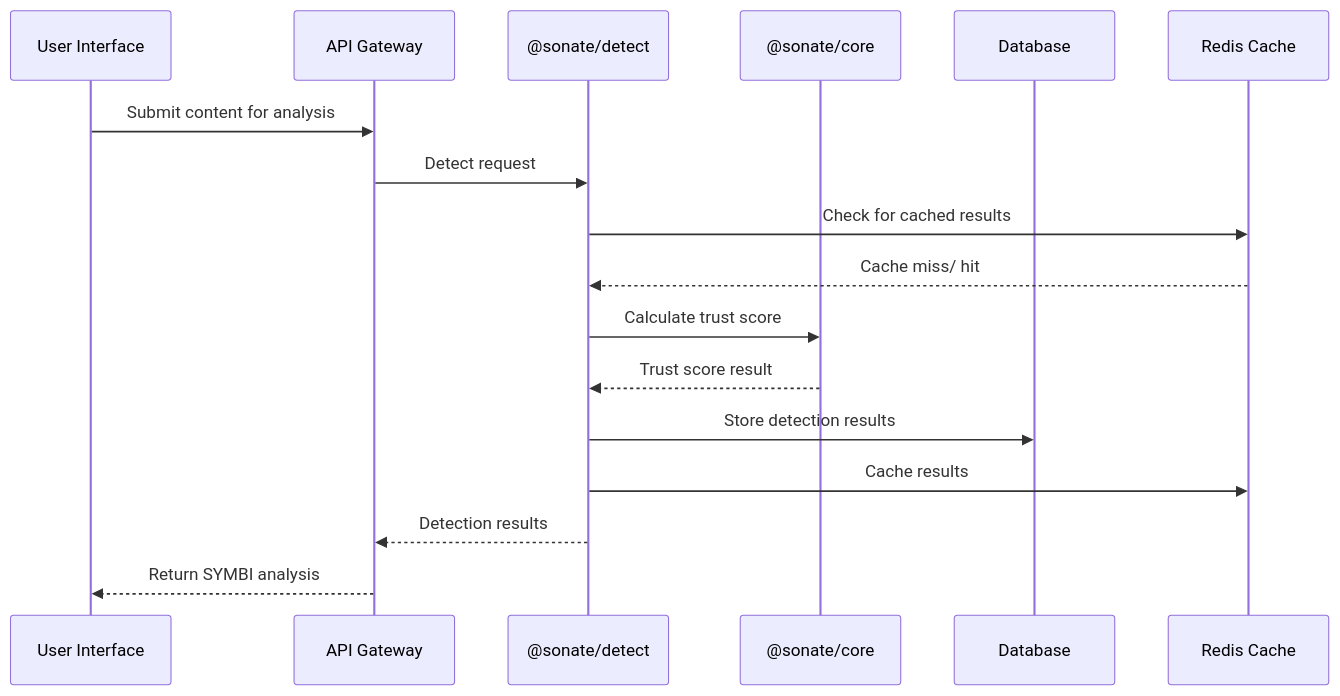
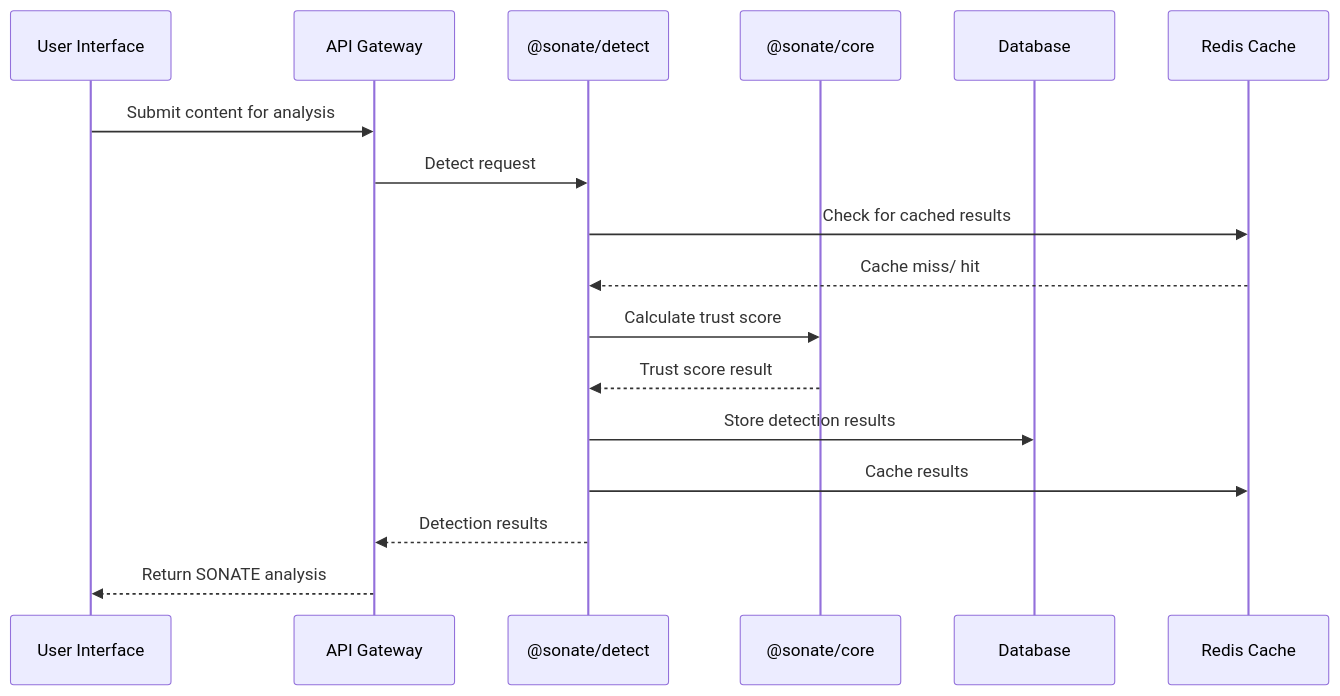
Before and after one commit to s8ken/yseeku-platform: the second of 3 diagrams in docs/architecture/ENTERPRISE_ARCHITECTURE.md, drawn with Mermaid. The commit also changed other lines of this file and 144 other files, not shown here.

First line of the commit message:
refactor: complete SYMBI → SONATE rebrand across entire codebase

````diff
--- a/docs/architecture/ENTERPRISE_ARCHITECTURE.md
+++ b/docs/architecture/ENTERPRISE_ARCHITECTURE.md
@@ -361,22 +361,22 @@
 ```mermaid
 sequenceDiagram
     participant UI as User Interface
     participant API as API Gateway
     participant DETECT as @sonate/detect
     participant CORE as @sonate/core
     participant DB as Database
     participant CACHE as Redis Cache
     
     UI->>API: Submit content for analysis
     API->>DETECT: Detect request
     DETECT->>CACHE: Check for cached results
     CACHE-->>DETECT: Cache miss/ hit
     
     DETECT->>CORE: Calculate trust score
     CORE-->>DETECT: Trust score result
     DETECT->>DB: Store detection results
     DETECT->>CACHE: Cache results
     
     DETECT-->>API: Detection results
-    API-->>UI: Return SYMBI analysis
+    API-->>UI: Return SONATE analysis
 ```
````
